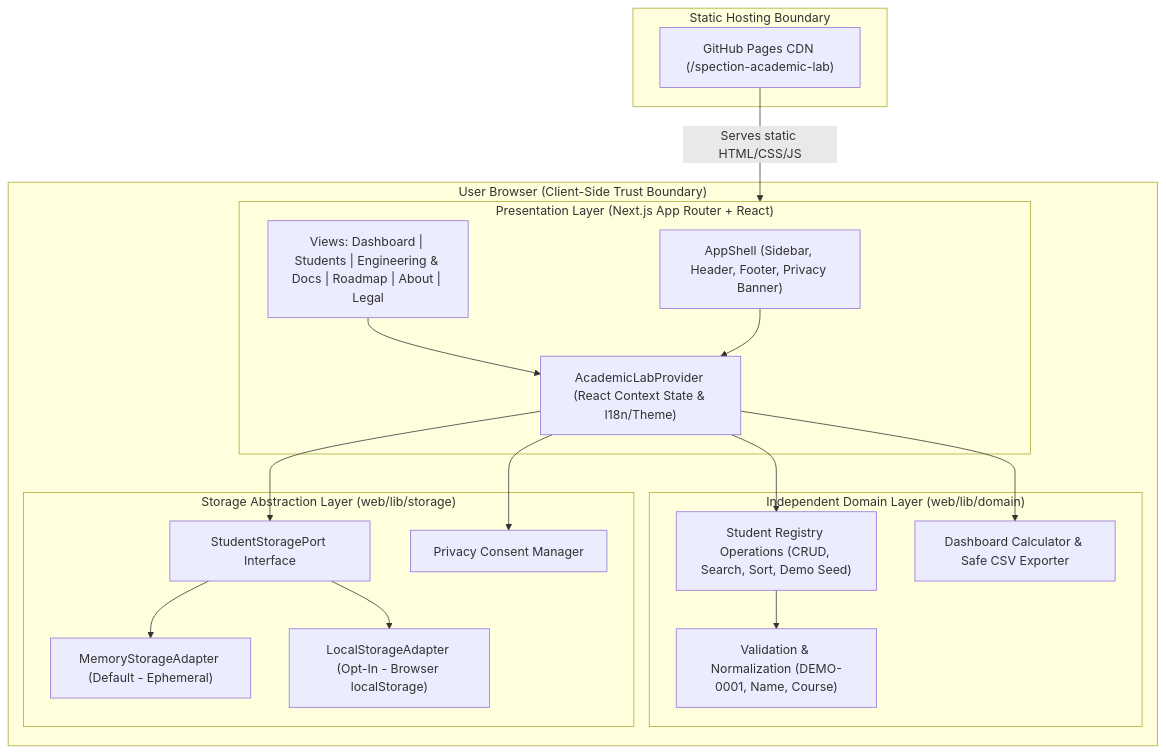
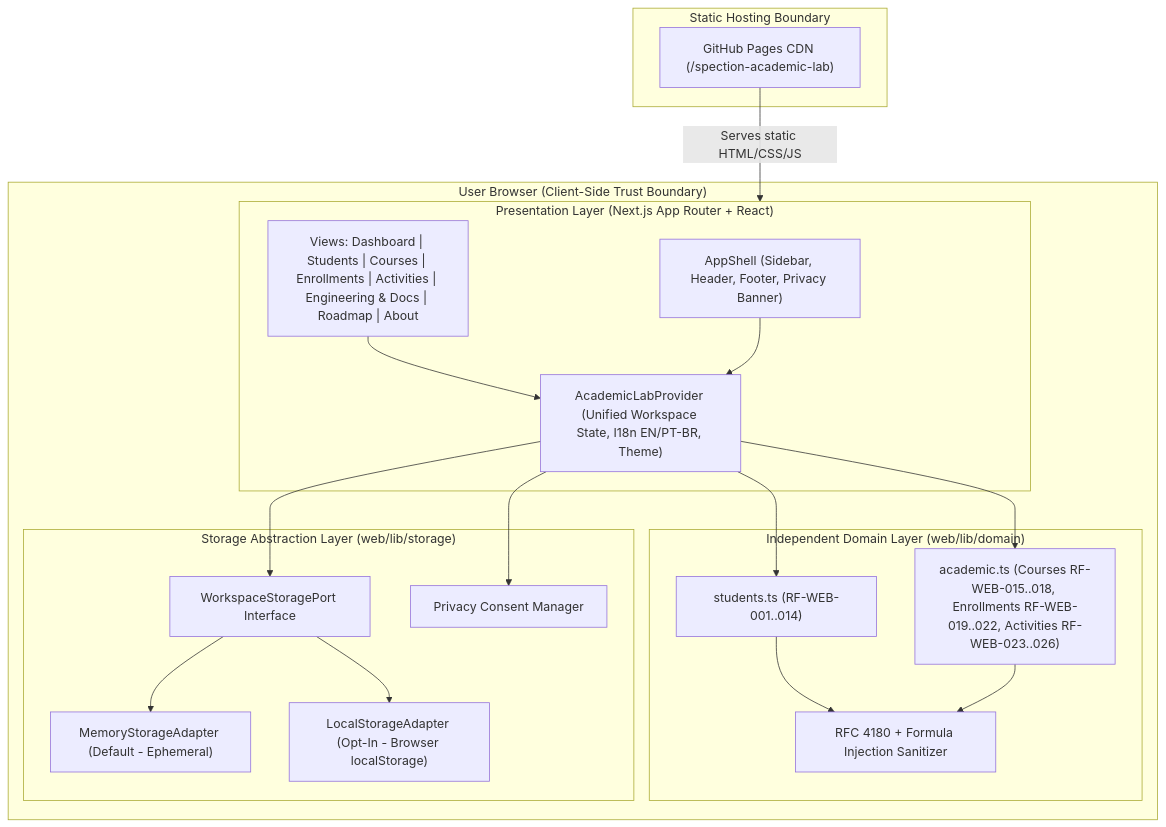
One commit to alexsandsouza/spection-academic-lab changed the second of 2 diagrams in docs/hld.md. Above: the diagram before and after it, drawn with Mermaid. The commit also changed other lines of this file and 32 other files, not shown here.

Commit message:
feat(academic-suite): implement v0.5.0 courses, enrollments, and activities in Python and Web

````diff
--- a/docs/hld.md
+++ b/docs/hld.md
@@ -37,38 +38,39 @@
 ```mermaid
 flowchart TB
   subgraph Browser["User Browser (Client-Side Trust Boundary)"]
     subgraph UI["Presentation Layer (Next.js App Router + React)"]
       Shell["AppShell (Sidebar, Header, Footer, Privacy Banner)"]
-      Pages["Views: Dashboard | Students | Engineering & Docs | Roadmap | About | Legal"]
-      State["AcademicLabProvider (React Context State & I18n/Theme)"]
+      Pages["Views: Dashboard | Students | Courses | Enrollments | Activities | Engineering & Docs | Roadmap | About"]
+      State["AcademicLabProvider (Unified Workspace State, I18n EN/PT-BR, Theme)"]
     end
 
     subgraph Domain["Independent Domain Layer (web/lib/domain)"]
-      Validator["Validation & Normalization (DEMO-0001, Name, Course)"]
-      Service["Student Registry Operations (CRUD, Search, Sort, Demo Seed)"]
-      Metrics["Dashboard Calculator & Safe CSV Exporter"]
+      StuDom["students.ts (RF-WEB-001..014)"]
+      AcadDom["academic.ts (Courses RF-WEB-015..018, Enrollments RF-WEB-019..022, Activities RF-WEB-023..026)"]
+      CsvGuard["RFC 4180 + Formula Injection Sanitizer"]
     end
 
     subgraph Storage["Storage Abstraction Layer (web/lib/storage)"]
-      Port["StudentStoragePort Interface"]
+      Port["WorkspaceStoragePort Interface"]
       MemAdapter["MemoryStorageAdapter (Default - Ephemeral)"]
       LocalAdapter["LocalStorageAdapter (Opt-In - Browser localStorage)"]
       PrivacyStore["Privacy Consent Manager"]
     end
   end
 
   subgraph Hosting["Static Hosting Boundary"]
     GHPages["GitHub Pages CDN (/spection-academic-lab)"]
   end
 
   GHPages -->|Serves static HTML/CSS/JS| UI
   Pages --> State
   Shell --> State
-  State --> Service
-  State --> Metrics
-  Service --> Validator
+  State --> StuDom
+  State --> AcadDom
+  StuDom --> CsvGuard
+  AcadDom --> CsvGuard
   State --> Port
   Port --> MemAdapter
   Port --> LocalAdapter
   State --> PrivacyStore
 ```
````
